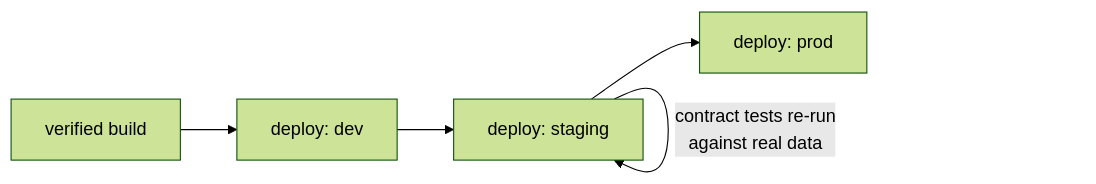
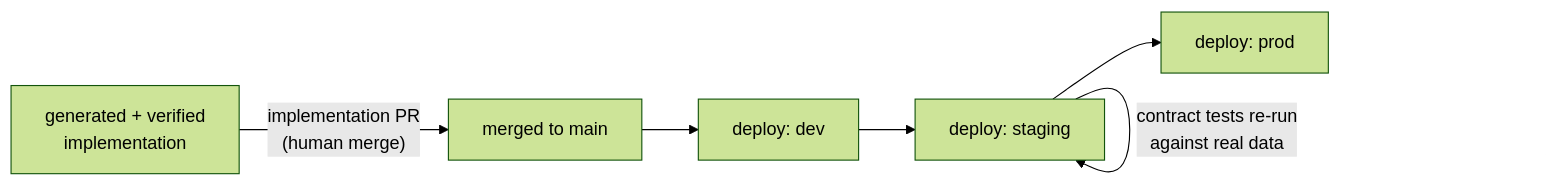
Before and after one commit to shivanandiyer/project-specforge: the first of 2 diagrams in docs/architecture/runtime.md, drawn with Mermaid (forest theme). The commit also changed other lines of this file and 8 other files, not shown here.

First line of the commit message:
feat: adopt architecture review P0 changes (ADR-0008, ADR-0009, egress policy)

````diff
--- a/docs/architecture/runtime.md
+++ b/docs/architecture/runtime.md
@@ -13,5 +18,6 @@
 ```mermaid
 flowchart LR
-    V["verified build"] --> DEV["deploy: dev"] --> ST["deploy: staging"] --> PR["deploy: prod"]
+    G["generated + verified<br/>implementation"] -->|"implementation PR<br/>(human merge)"| M["merged to main"]
+    M --> DEV["deploy: dev"] --> ST["deploy: staging"] --> PR["deploy: prod"]
     ST -->|"contract tests re-run<br/>against real data"| ST
 ```
````
